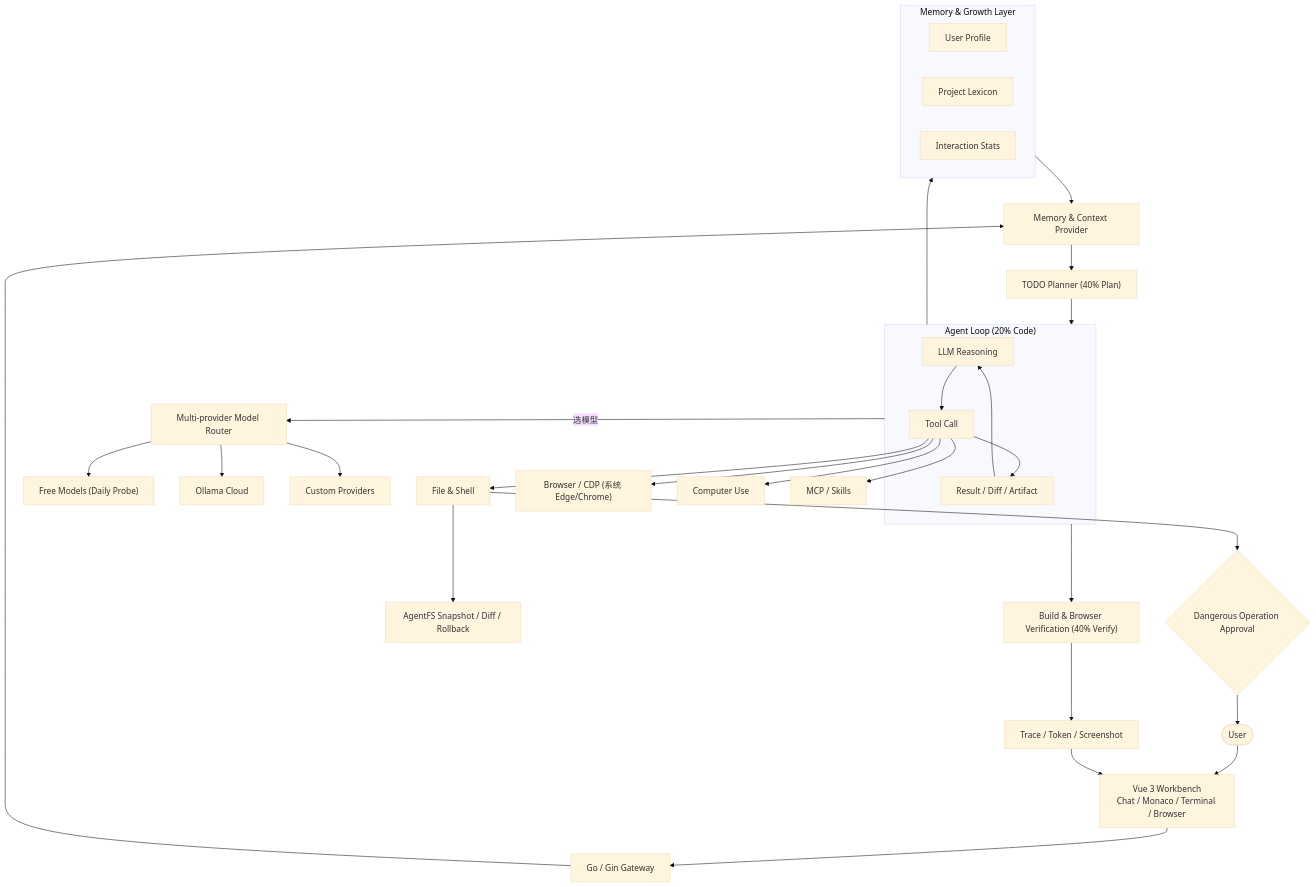
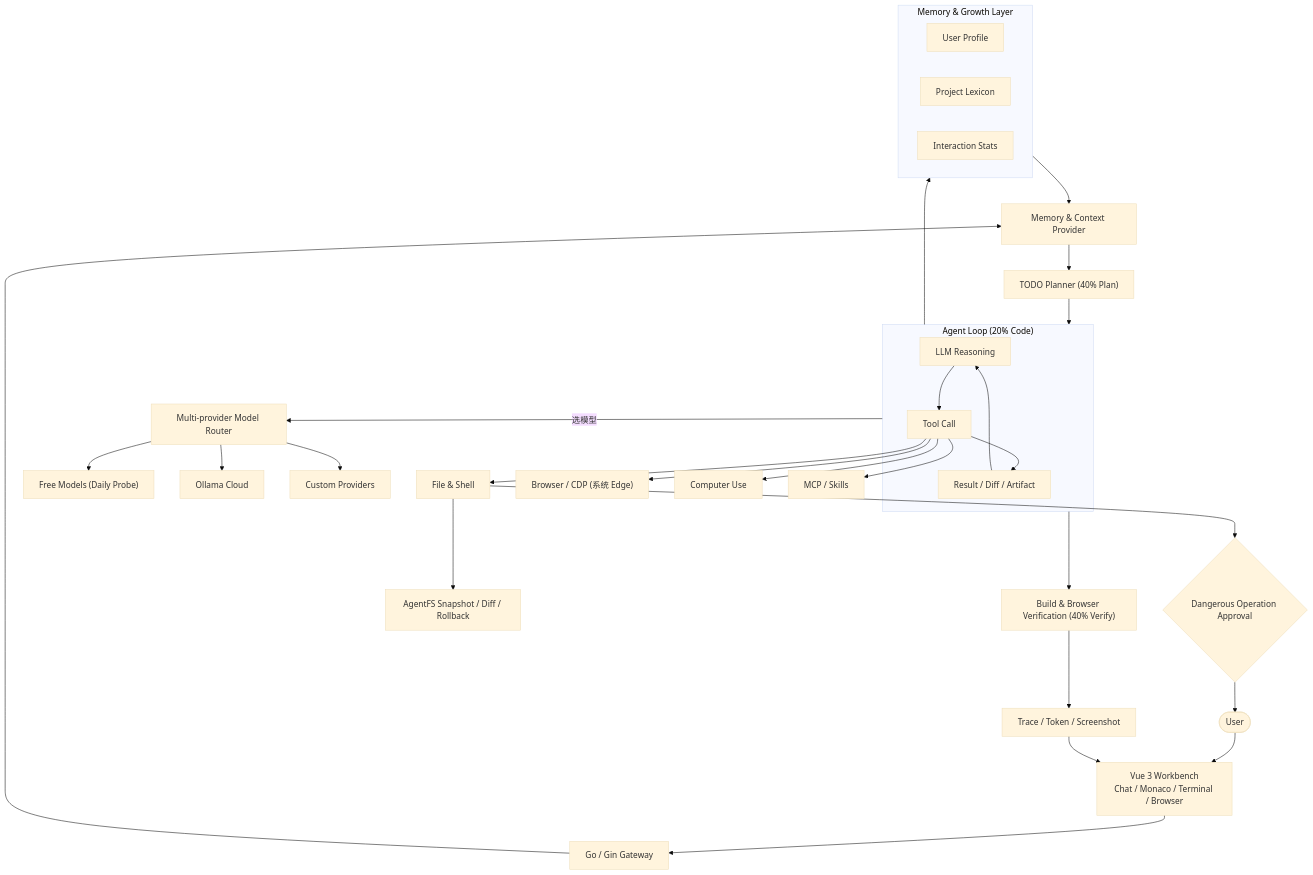
One commit to 3478556810/re0 changed the diagram in README.md. Above: the diagram before and after it, drawn with Mermaid (base theme). The commit also changed other lines of this file and 19 other files, not shown here.

````diff
--- a/README.md
+++ b/README.md
@@ -82,40 +82,40 @@
 ```mermaid
 flowchart TB
     User([User]) --> UI["Vue 3 Workbench<br/>Chat / Monaco / Terminal / Browser"]
     UI --> Gateway["Go / Gin Gateway"]
     Gateway --> Context["Memory & Context Provider"]
     Context --> Planner["TODO Planner (40% Plan)"]
     Planner --> AgentLoop
 
     subgraph AgentLoop ["Agent Loop (20% Code)"]
         LLM["LLM Reasoning"] --> ToolCall["Tool Call"]
         ToolCall --> ToolResult["Result / Diff / Artifact"]
         ToolResult --> LLM
     end
 
     AgentLoop --> Verify["Build & Browser Verification (40% Verify)"]
     Verify --> Trace["Trace / Token / Screenshot"]
     Trace --> UI
 
     AgentLoop -->|选模型| Router["Multi-provider Model Router"]
     Router --> Free["Free Models (Daily Probe)"]
     Router --> Local["Ollama Cloud"]
     Router --> Private["Custom Providers"]
 
     ToolCall --> Files["File & Shell"]
-    ToolCall --> Browser["Browser / CDP (系统 Edge/Chrome)"]
+    ToolCall --> Browser["Browser / CDP (系统 Edge)"]
     ToolCall --> Computer["Computer Use"]
     ToolCall --> Extensions["MCP / Skills"]
 
     Files --> AgentFS["AgentFS Snapshot / Diff / Rollback"]
     Files --> Gate{"Dangerous Operation Approval"}
     Gate --> User
 
     subgraph Growth ["Memory & Growth Layer"]
         Profile["User Profile"]
         Lexicon["Project Lexicon"]
         Stats["Interaction Stats"]
     end
     AgentLoop --> Growth
     Growth --> Context
 ```
````
